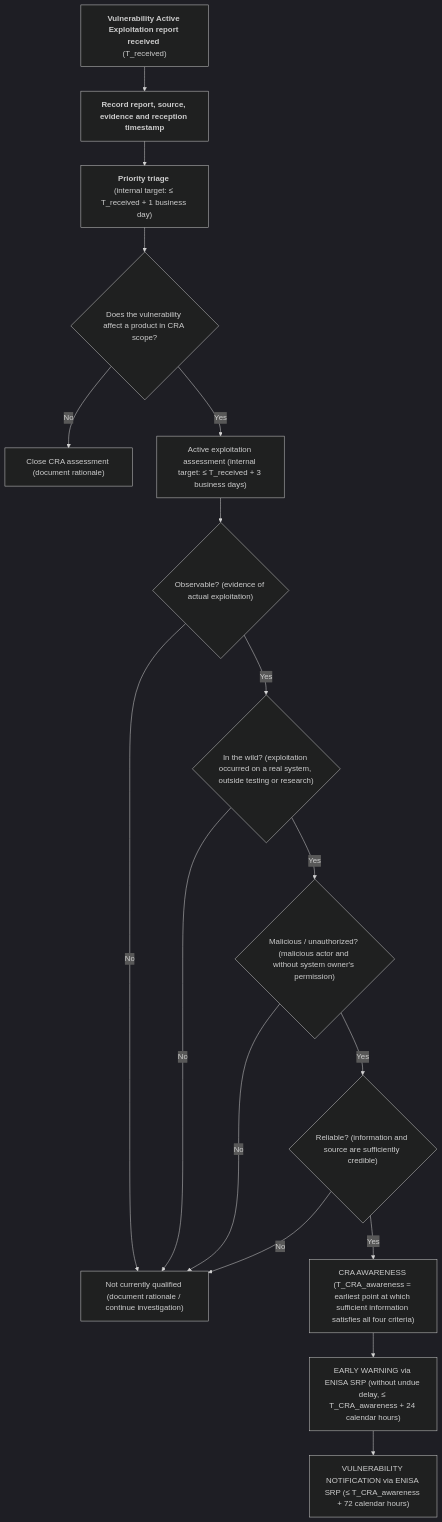
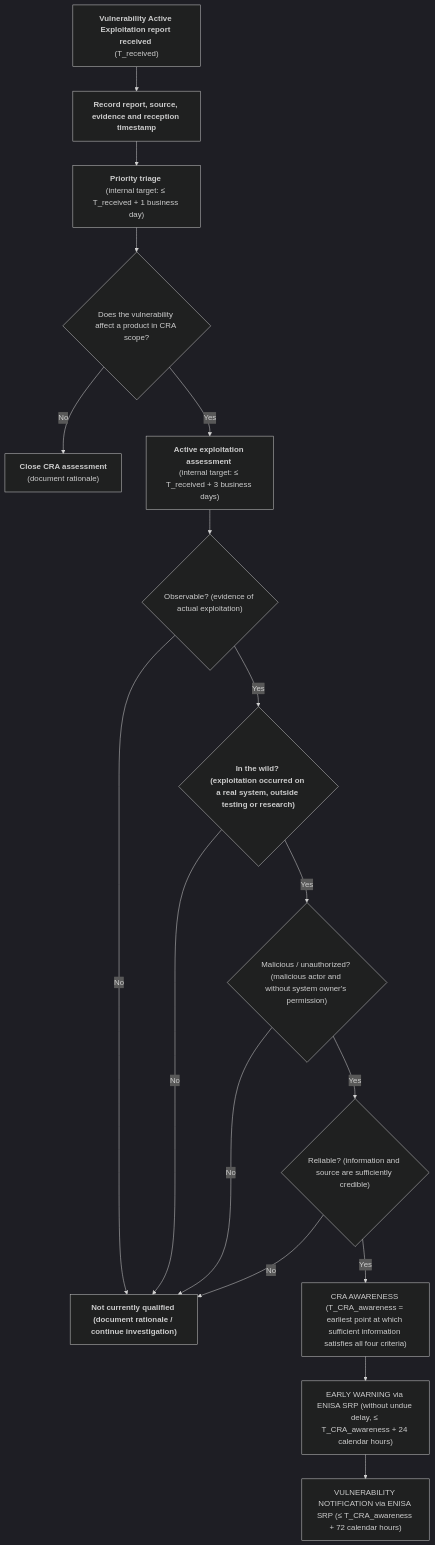
Before and after one commit to rfoucard/cra-fast-track: the diagram in templates/actively-exploited-vulnerability-process.md, drawn with Mermaid (dark theme).

````diff
--- a/templates/actively-exploited-vulnerability-process.md
+++ b/templates/actively-exploited-vulnerability-process.md
@@ -15,31 +15,31 @@
 ```mermaid
 flowchart TD
 
     A["<strong>Vulnerability Active Exploitation report received</strong> \n(T_received)"] --> B["<strong>Record report, source, evidence and reception timestamp</strong>"]
 
     B --> C["<strong>Priority triage</strong> \n(internal target: ≤ T_received + 1 business day)"]
 
     C --> D{"Does the vulnerability affect a product in CRA scope?"}
 
-    D -- "No" --> X["Close CRA assessment (document rationale)"]
+    D -- "No" --> X["<strong>Close CRA assessment</strong> \n(document rationale)"]
 
-    D -- "Yes" --> E["Active exploitation assessment (internal target: ≤ T_received + 3 business days)"]
+    D -- "Yes" --> E["<strong>Active exploitation assessment</strong> \n(internal target: ≤ T_received + 3 business days)"]
 
     E --> F{"Observable? (evidence of actual exploitation)"}
 
-    F -- "No" --> Y["Not currently qualified (document rationale / continue investigation)"]
-    F -- "Yes" --> G{"In the wild? (exploitation occurred on a real system, outside testing or research)"}
+    F -- "No" --> Y["<strong>Not currently qualified<strong> \n(document rationale / continue investigation)"]
+    F -- "Yes" --> G{"<strong>In the wild?<strong> \n(exploitation occurred on a real system, outside testing or research)"}
 
     G -- "No" --> Y
     G -- "Yes" --> H{"Malicious / unauthorized? (malicious actor and without system owner's permission)"}
 
     H -- "No" --> Y
     H -- "Yes" --> I{"Reliable? (information and source are sufficiently credible)"}
 
     I -- "No" --> Y
     I -- "Yes" --> L["CRA AWARENESS (T_CRA_awareness = earliest point at which sufficient information satisfies all four criteria)"]
 
     L --> M["EARLY WARNING via ENISA SRP (without undue delay, ≤ T_CRA_awareness + 24 calendar hours)"]
 
     M --> N["VULNERABILITY NOTIFICATION via ENISA SRP (≤ T_CRA_awareness + 72 calendar hours)"]
 ```
````
